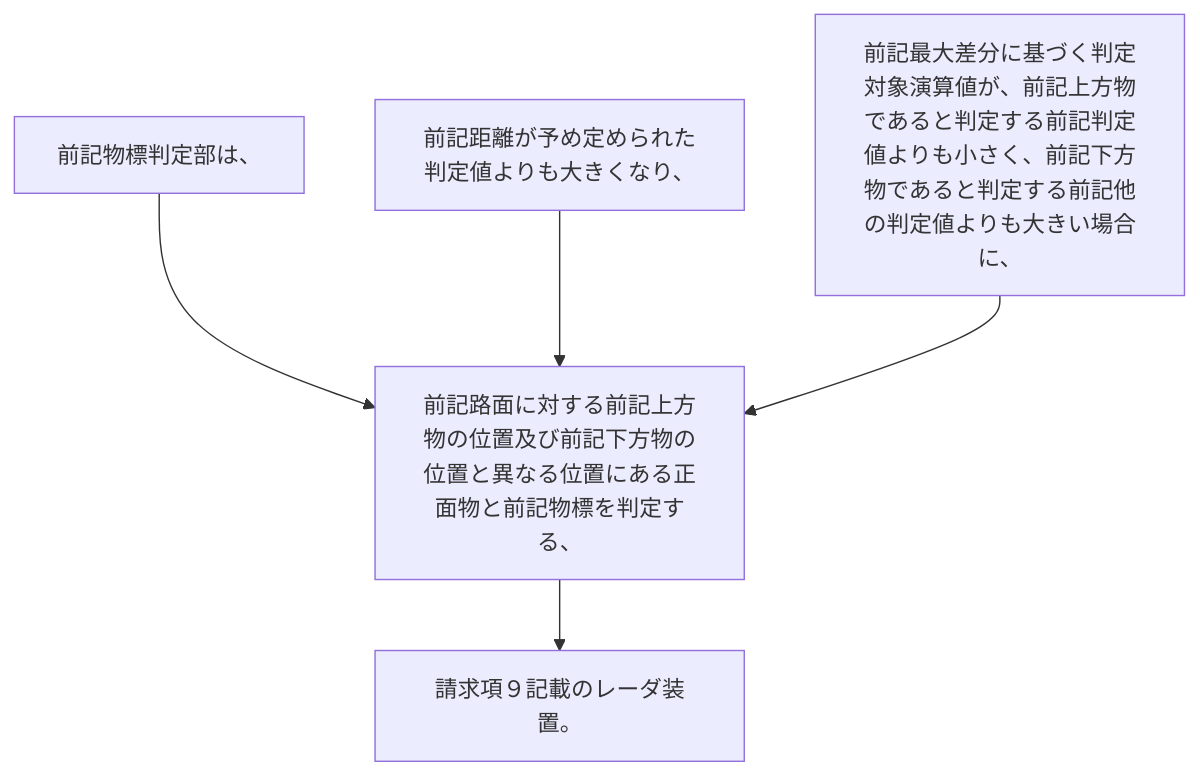
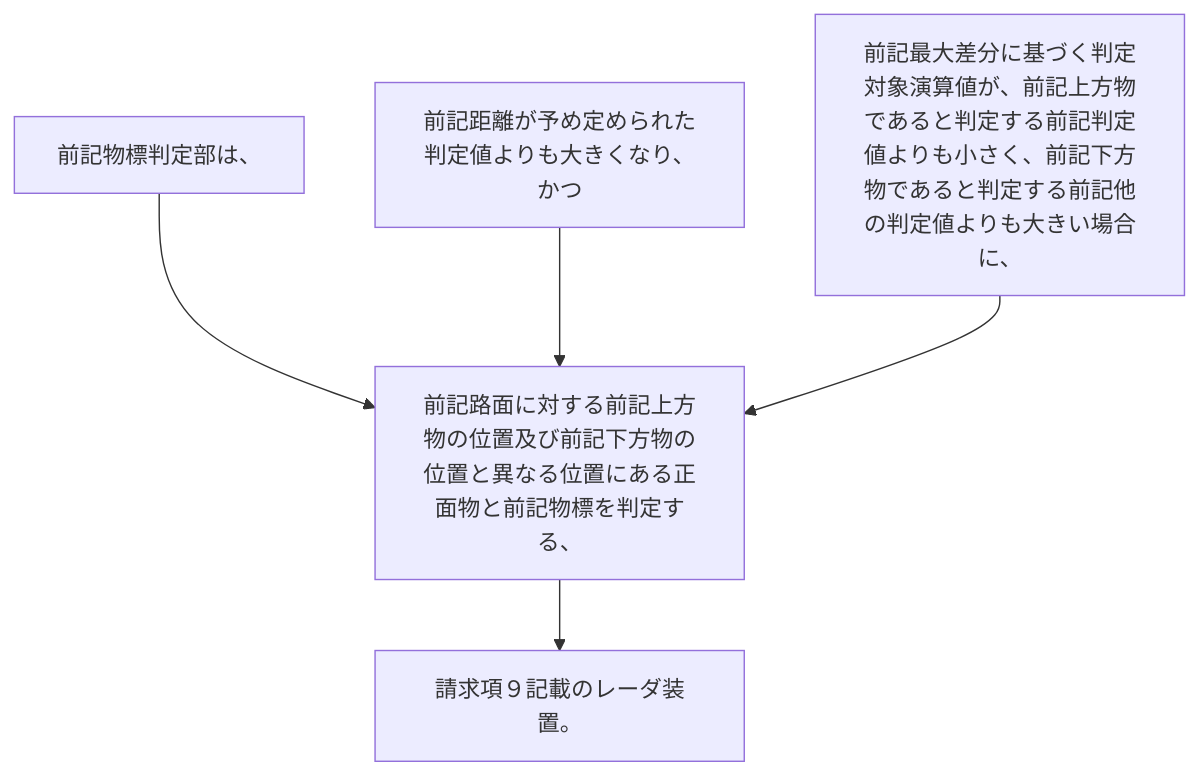
One commit to shinmori55/patent_analyzed changed the diagram in 2024/JP2024021637A/claim_11/README.md. Above: the diagram before and after it, drawn with Mermaid. The commit also changed 336 other files, not shown here.

````diff
--- a/2024/JP2024021637A/claim_11/README.md
+++ b/2024/JP2024021637A/claim_11/README.md
@@ -4,12 +4,12 @@
 ```mermaid
 flowchart TD
 A[前記物標判定部は、]
-B[前記距離が予め定められた判定値よりも大きくなり、]
+B[前記距離が予め定められた判定値よりも大きくなり、かつ]
 C[前記最大差分に基づく判定対象演算値が、前記上方物であると判定する前記判定値よりも小さく、前記下方物であると判定する前記他の判定値よりも大きい場合に、]
 D[前記路面に対する前記上方物の位置及び前記下方物の位置と異なる位置にある正面物と前記物標を判定する、]
 E[請求項９記載のレーダ装置。]
 A --> D
 B --> D
 C --> D
 D --> E
 ```
````
